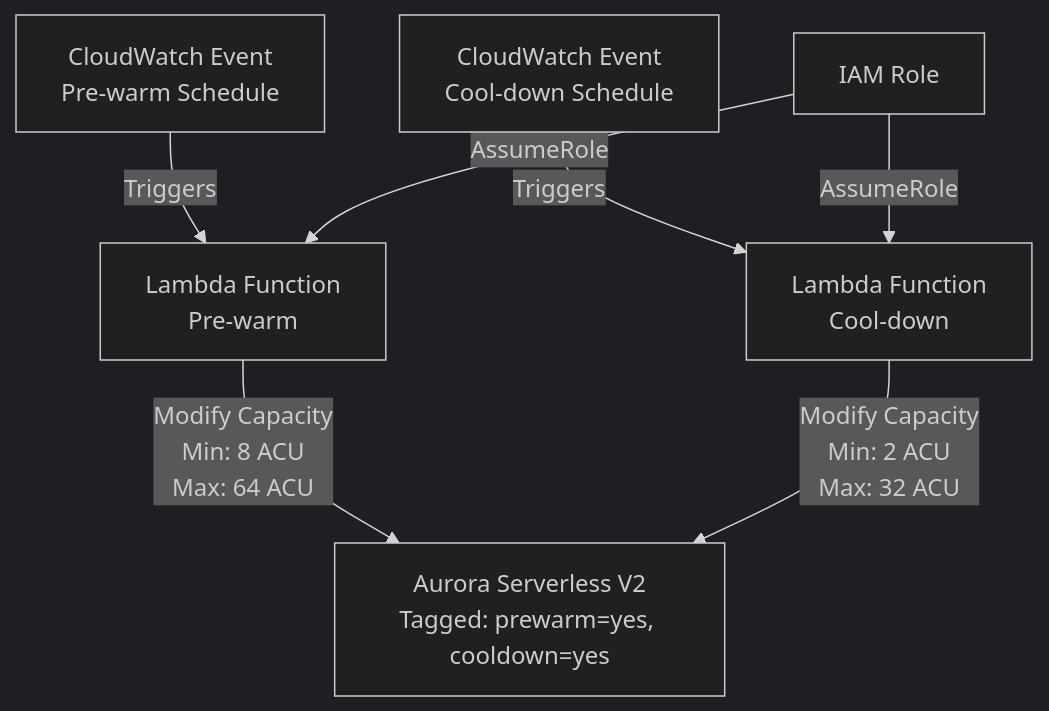
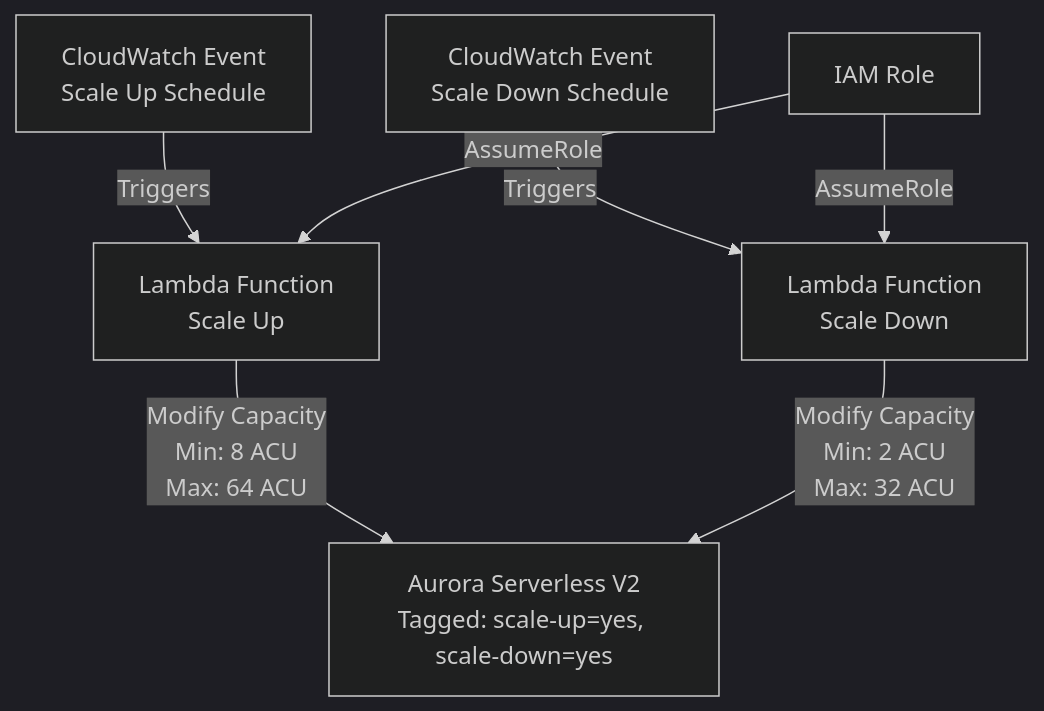
The first of 2 diagrams in README.md (aws-samples/sample-v2-predictive-scaling), drawn with Mermaid (dark theme) before and after one commit. The commit also changed other lines of this file and 1 other file, not shown here.

````diff
--- a/README.md
+++ b/README.md
@@ -16,9 +16,9 @@
 ```mermaid
 graph TD
-    CW1[CloudWatch Event<br/>Pre-warm Schedule] -->|Triggers| L1[Lambda Function<br/>Pre-warm]
-    CW2[CloudWatch Event<br/>Cool-down Schedule] -->|Triggers| L2[Lambda Function<br/>Cool-down]
-    L1 -->|Modify Capacity<br/>Min: 8 ACU<br/>Max: 64 ACU| DB[Aurora Serverless V2<br/>Tagged: prewarm=yes, cooldown=yes]
+    CW1[CloudWatch Event<br/>Scale Up Schedule] -->|Triggers| L1[Lambda Function<br/>Scale Up]
+    CW2[CloudWatch Event<br/>Scale Down Schedule] -->|Triggers| L2[Lambda Function<br/>Scale Down]
+    L1 -->|Modify Capacity<br/>Min: 8 ACU<br/>Max: 64 ACU| DB[Aurora Serverless V2<br/>Tagged: scale-up=yes, scale-down=yes]
     L2 -->|Modify Capacity<br/>Min: 2 ACU<br/>Max: 32 ACU| DB
     IAM[IAM Role] --> |AssumeRole| L1
     IAM --> |AssumeRole| L2
 ```
````
